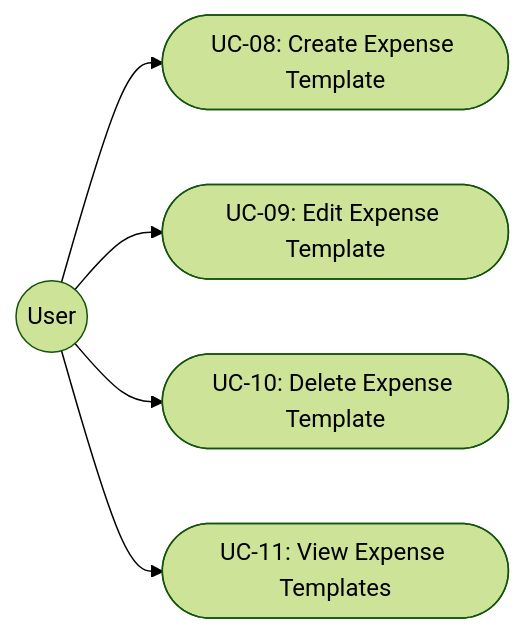
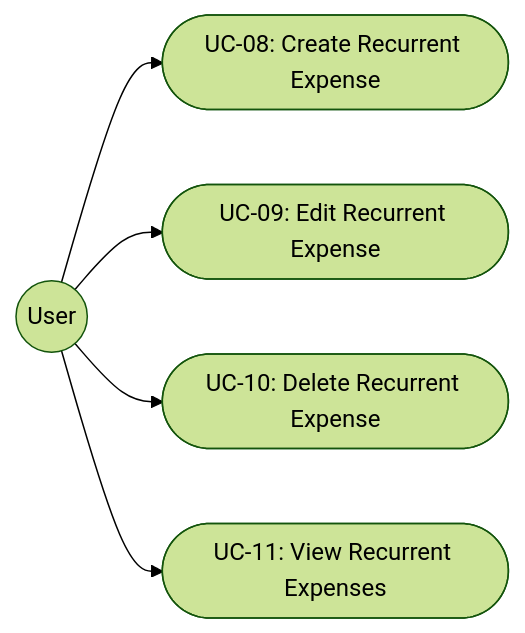
The fourth of 6 diagrams in docs/use-cases.md (jcarranz97/colony), drawn with Mermaid (forest theme) before and after one commit. The commit also changed other lines of this file and 48 other files, not shown here.

Commit message:
Replace expense templates by recurrent expenses (#32)

````diff
--- a/docs/use-cases.md
+++ b/docs/use-cases.md
@@ -276,14 +276,14 @@
 ```mermaid
 graph LR
     User((User))
 
-    UC08([UC-08: Create Expense Template])
-    UC09([UC-09: Edit Expense Template])
-    UC10([UC-10: Delete Expense Template])
-    UC11([UC-11: View Expense Templates])
+    UC08([UC-08: Create Recurrent Expense])
+    UC09([UC-09: Edit Recurrent Expense])
+    UC10([UC-10: Delete Recurrent Expense])
+    UC11([UC-11: View Recurrent Expenses])
 
     User --> UC08
     User --> UC09
     User --> UC10
     User --> UC11
 ```
````
